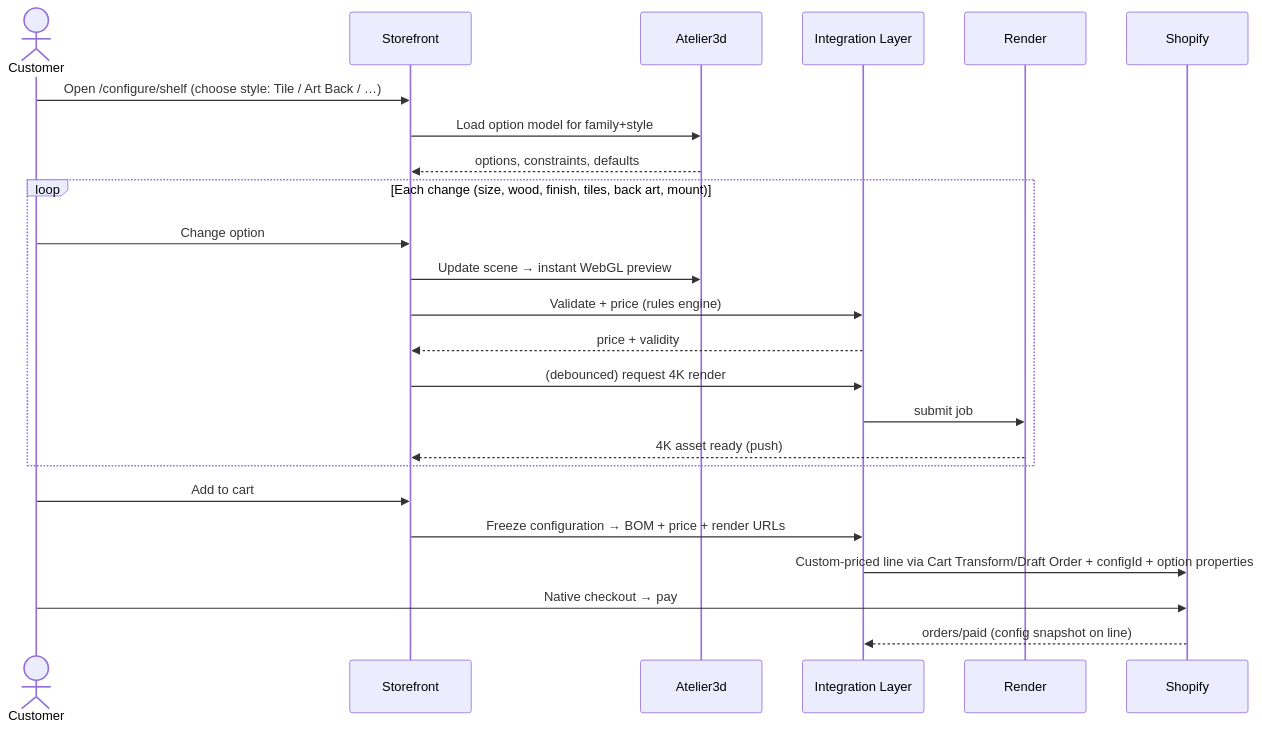
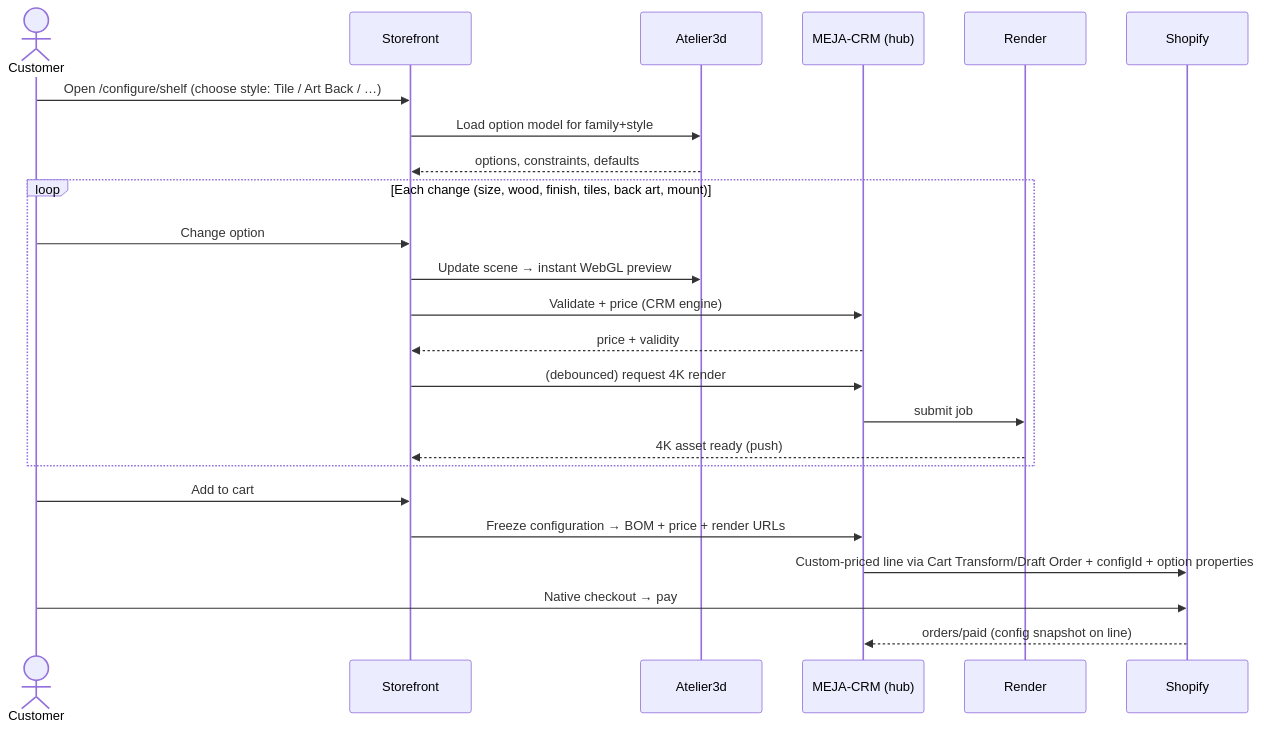
One commit to jfsgi/MEJA-ShopifyStore changed the third of 13 diagrams in docs/03-Product-Workflows.md. Above: the diagram before and after it, drawn with Mermaid. The commit also changed other lines of this file and 7 other files, not shown here.

````diff
--- a/docs/03-Product-Workflows.md
+++ b/docs/03-Product-Workflows.md
@@ -109,26 +111,26 @@
 ```mermaid
 sequenceDiagram
     actor C as Customer
     participant ST as Storefront
     participant A3 as Atelier3d
-    participant IL as Integration Layer
+    participant IL as MEJA-CRM (hub)
     participant R as Render
     participant SH as Shopify
     C->>ST: Open /configure/shelf (choose style: Tile / Art Back / …)
     ST->>A3: Load option model for family+style
     A3-->>ST: options, constraints, defaults
     loop Each change (size, wood, finish, tiles, back art, mount)
         C->>ST: Change option
         ST->>A3: Update scene → instant WebGL preview
-        ST->>IL: Validate + price (rules engine)
+        ST->>IL: Validate + price (CRM engine)
         IL-->>ST: price + validity
         ST->>IL: (debounced) request 4K render
         IL->>R: submit job
         R-->>ST: 4K asset ready (push)
     end
     C->>ST: Add to cart
     ST->>IL: Freeze configuration → BOM + price + render URLs
     IL->>SH: Custom-priced line via Cart Transform/Draft Order + configId + option properties
     C->>SH: Native checkout → pay
     SH-->>IL: orders/paid (config snapshot on line)
 ```
````
